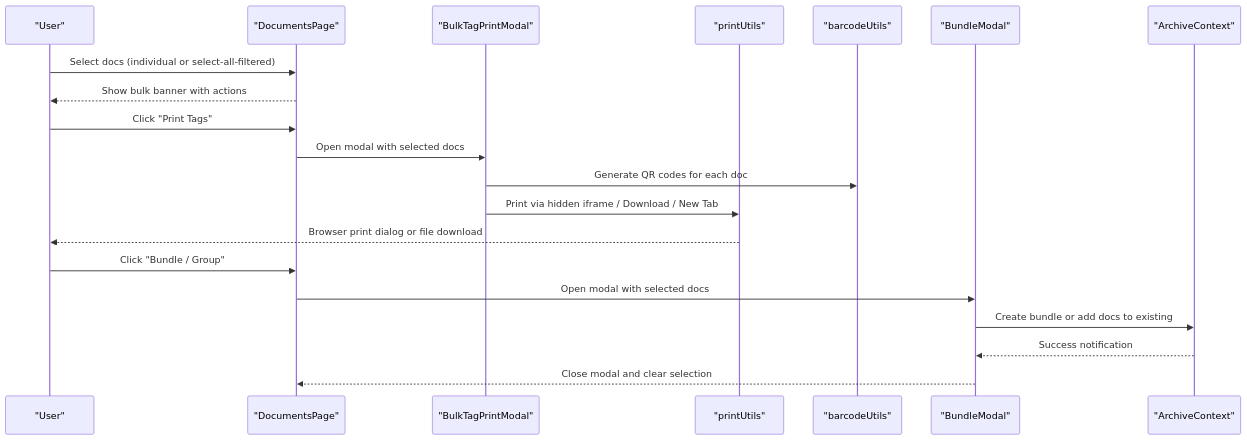
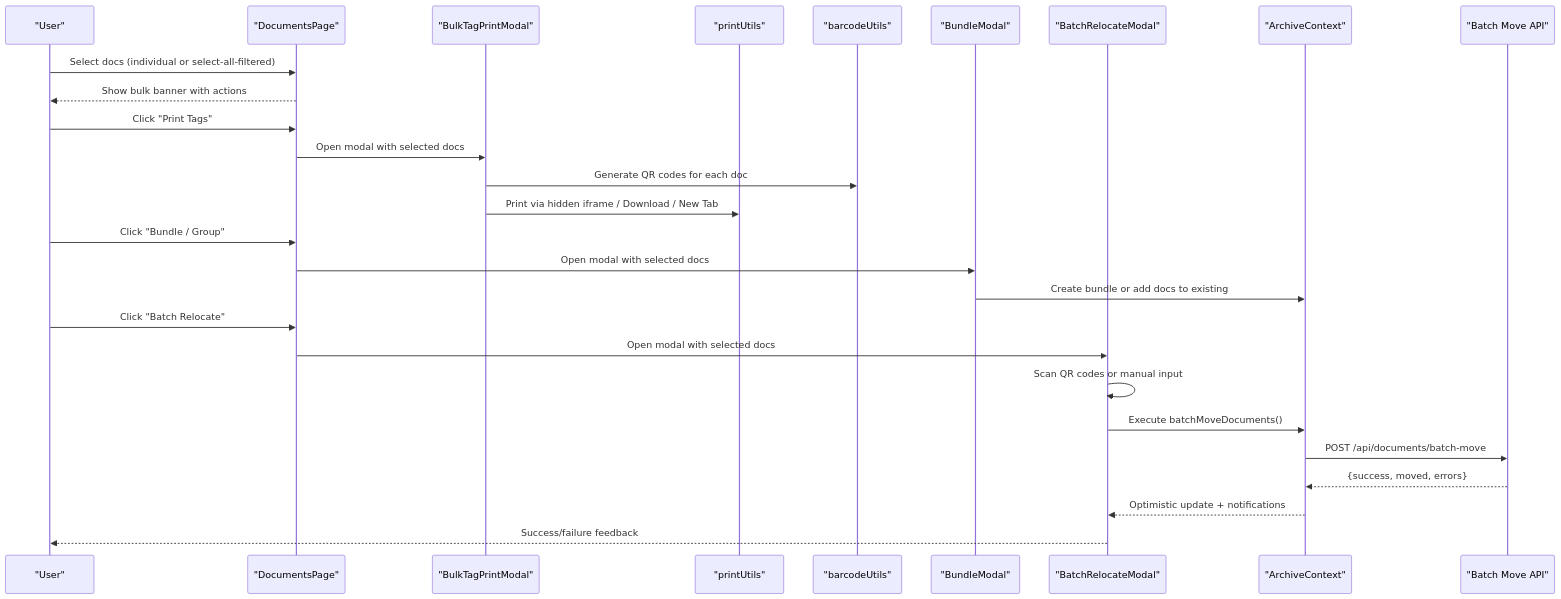
Before and after one commit to djahasiel101600/archivehub: the second of 8 diagrams in .qoder/repowiki/en/content/Core Features/Document Management/Bulk Operations.md, drawn with Mermaid. The commit also changed other lines of this file and 12 other files, not shown here.

````diff
--- a/.qoder/repowiki/en/content/Core Features/Document Management/Bulk Operations.md
+++ b/.qoder/repowiki/en/content/Core Features/Document Management/Bulk Operations.md
@@ -90,22 +110,29 @@
 ```mermaid
 sequenceDiagram
 participant U as "User"
 participant DP as "DocumentsPage"
 participant BPM as "BulkTagPrintModal"
 participant PU as "printUtils"
 participant BU as "barcodeUtils"
 participant BM as "BundleModal"
+participant BRM as "BatchRelocateModal"
 participant AC as "ArchiveContext"
+participant API as "Batch Move API"
 U->>DP : Select docs (individual or select-all-filtered)
 DP-->>U : Show bulk banner with actions
 U->>DP : Click "Print Tags"
 DP->>BPM : Open modal with selected docs
 BPM->>BU : Generate QR codes for each doc
 BPM->>PU : Print via hidden iframe / Download / New Tab
-PU-->>U : Browser print dialog or file download
 U->>DP : Click "Bundle / Group"
 DP->>BM : Open modal with selected docs
 BM->>AC : Create bundle or add docs to existing
-AC-->>BM : Success notification
-BM-->>DP : Close modal and clear selection
+U->>DP : Click "Batch Relocate"
+DP->>BRM : Open modal with selected docs
+BRM->>BRM : Scan QR codes or manual input
+BRM->>AC : Execute batchMoveDocuments()
+AC->>API : POST /api/documents/batch-move
+API-->>AC : {success, moved, errors}
+AC-->>BRM : Optimistic update + notifications
+BRM-->>U : Success/failure feedback
 ```
````
